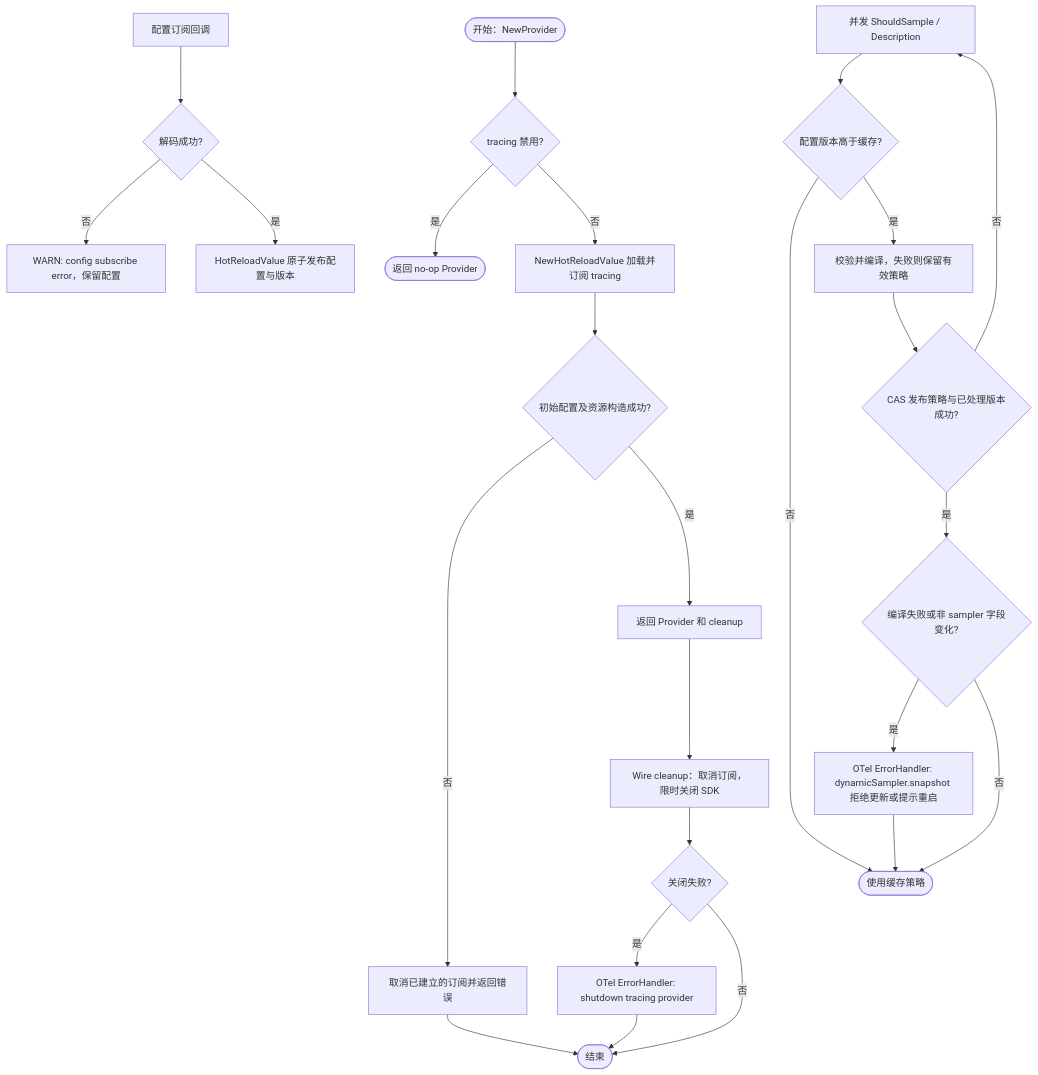
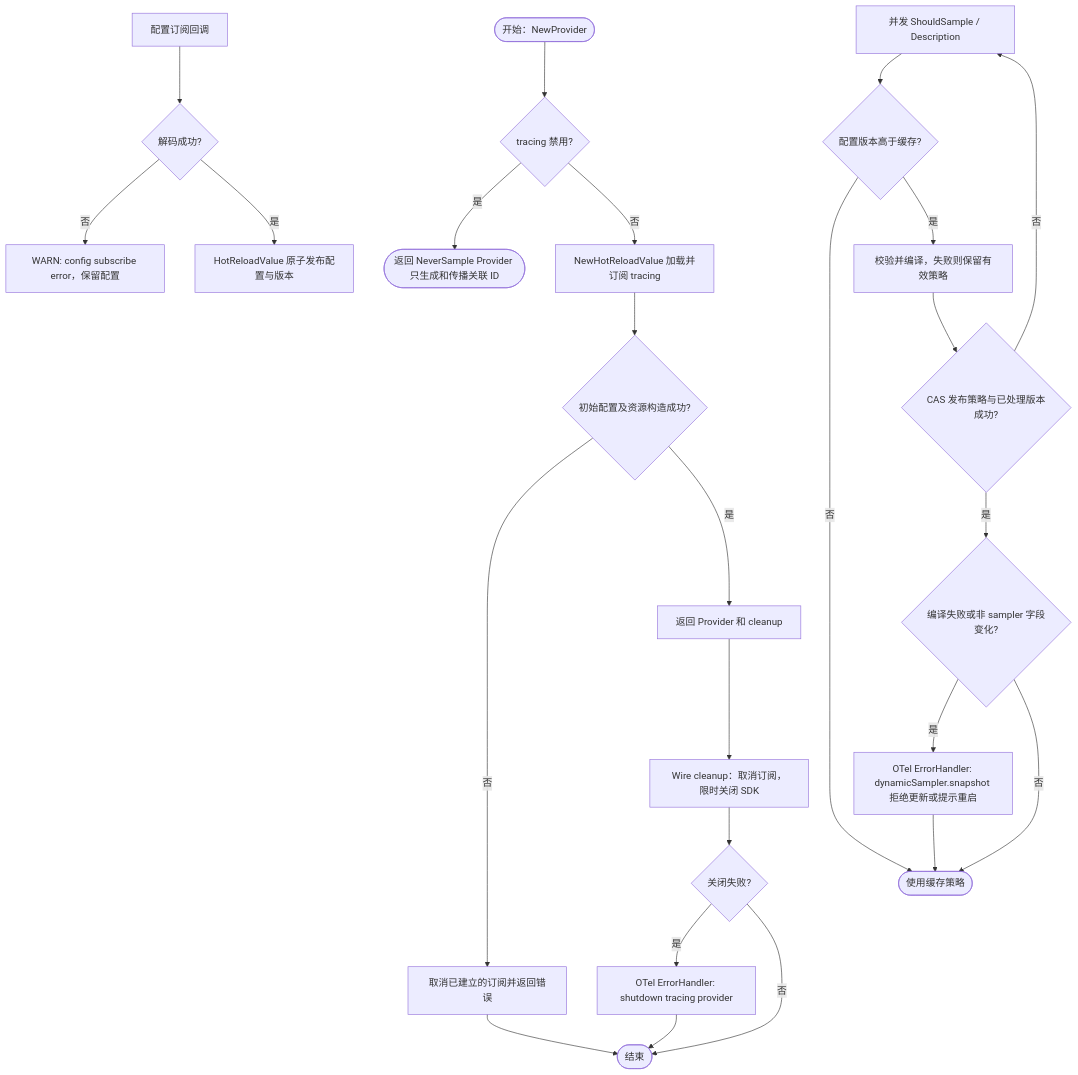
One commit to jaggerzhuang1994/kratos-foundation changed the second of 2 diagrams in pkg/tracing/README.md. Above: the diagram before and after it, drawn with Mermaid. The commit also changed other lines of this file and 122 other files, not shown here.

````diff
--- a/pkg/tracing/README.md
+++ b/pkg/tracing/README.md
@@ -102,27 +116,27 @@
 ```mermaid
 flowchart TD
     A([开始：NewProvider]) --> B{tracing 禁用?}
-    B -- 是 --> N([返回 no-op Provider])
+    B -- 是 --> N([返回 NeverSample Provider 只生成和传播关联 ID])
     B -- 否 --> C[NewHotReloadValue 加载并订阅 tracing]
     C --> D{初始配置及资源构造成功?}
     D -- 否 --> E[取消已建立的订阅并返回错误]
     E --> Z([结束])
     D -- 是 --> F[返回 Provider 和 cleanup]
     U[配置订阅回调] --> V{解码成功?}
     V -- 否 --> W[WARN: config subscribe error，保留配置]
     V -- 是 --> X[HotReloadValue 原子发布配置与版本]
     R[并发 ShouldSample / Description] --> S{配置版本高于缓存?}
     S -- 否 --> T([使用缓存策略])
     S -- 是 --> H[校验并编译，失败则保留有效策略]
     H --> I{CAS 发布策略与已处理版本成功?}
     I -- 否 --> R
     I -- 是 --> J{编译失败或非 sampler 字段变化?}
     J -- 是 --> K[OTel ErrorHandler: dynamicSampler.snapshot 拒绝更新或提示重启]
     K --> T
     J -- 否 --> T
     F --> L[Wire cleanup：取消订阅，限时关闭 SDK]
     L --> M{关闭失败?}
     M -- 是 --> O[OTel ErrorHandler: shutdown tracing provider]
     M -- 否 --> Z
     O --> Z
 ```
````
